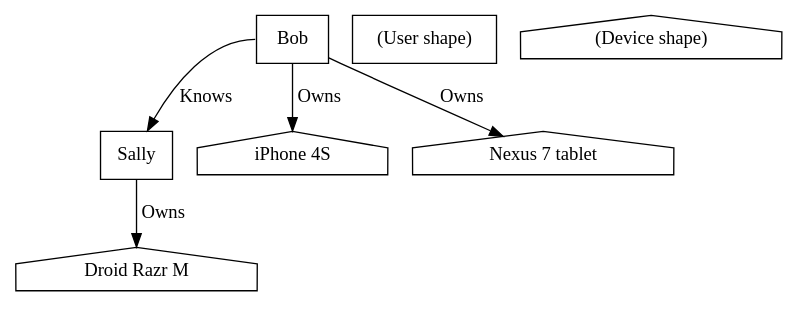
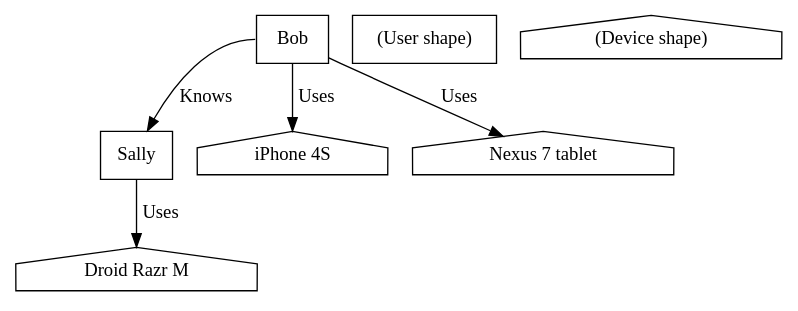
Before and after one commit to jgiannoules/proxstor: the diagram in data_model/2.gv, drawn with Graphviz. The commit also changed 1 other file, not shown here.

Commit message:
updated data model #2 to reflect change from Owns to Uses

```diff
--- a/data_model/2.gv
+++ b/data_model/2.gv
@@ -1,16 +1,16 @@
 digraph data_model_1 {
 		Bob:w -> Sally [label="Knows"];
 		Bob [shape=box];
 		Sally [shape=box];
 
-		Bob -> iPhone [label="Owns"];
-		Bob -> Nexus [label="Owns"];
-		Sally -> Razr [label="Owns"];
+		Bob -> iPhone [label="Uses"];
+		Bob -> Nexus [label="Uses"];
+		Sally -> Razr [label="Uses"];
 
 		iPhone [shape=house, label="iPhone 4S"];
 		Nexus [shape=house, label="Nexus 7 tablet"];
 		Razr [shape=house, label="Droid Razr M"];
 		
 		UserLegend [shape=box, label="(User shape)"];
 		DeviceLegent [shape=house, label="(Device shape)"];
 }
```
